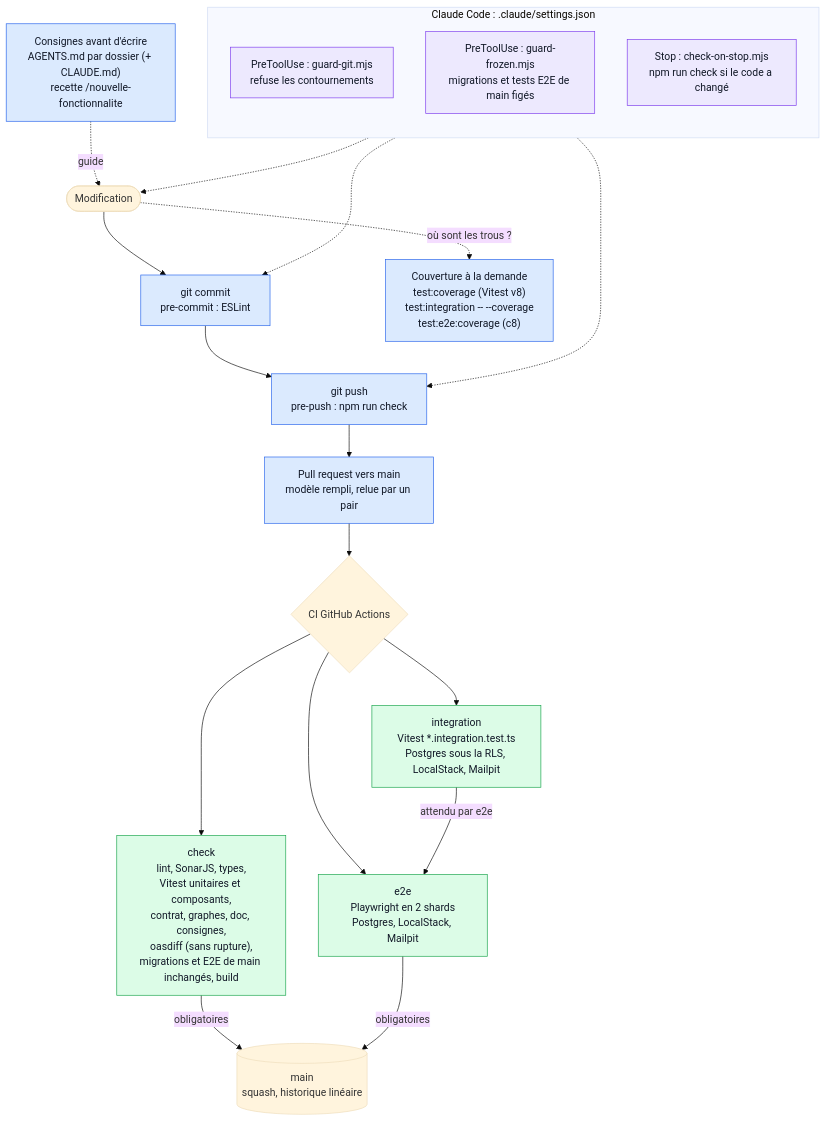
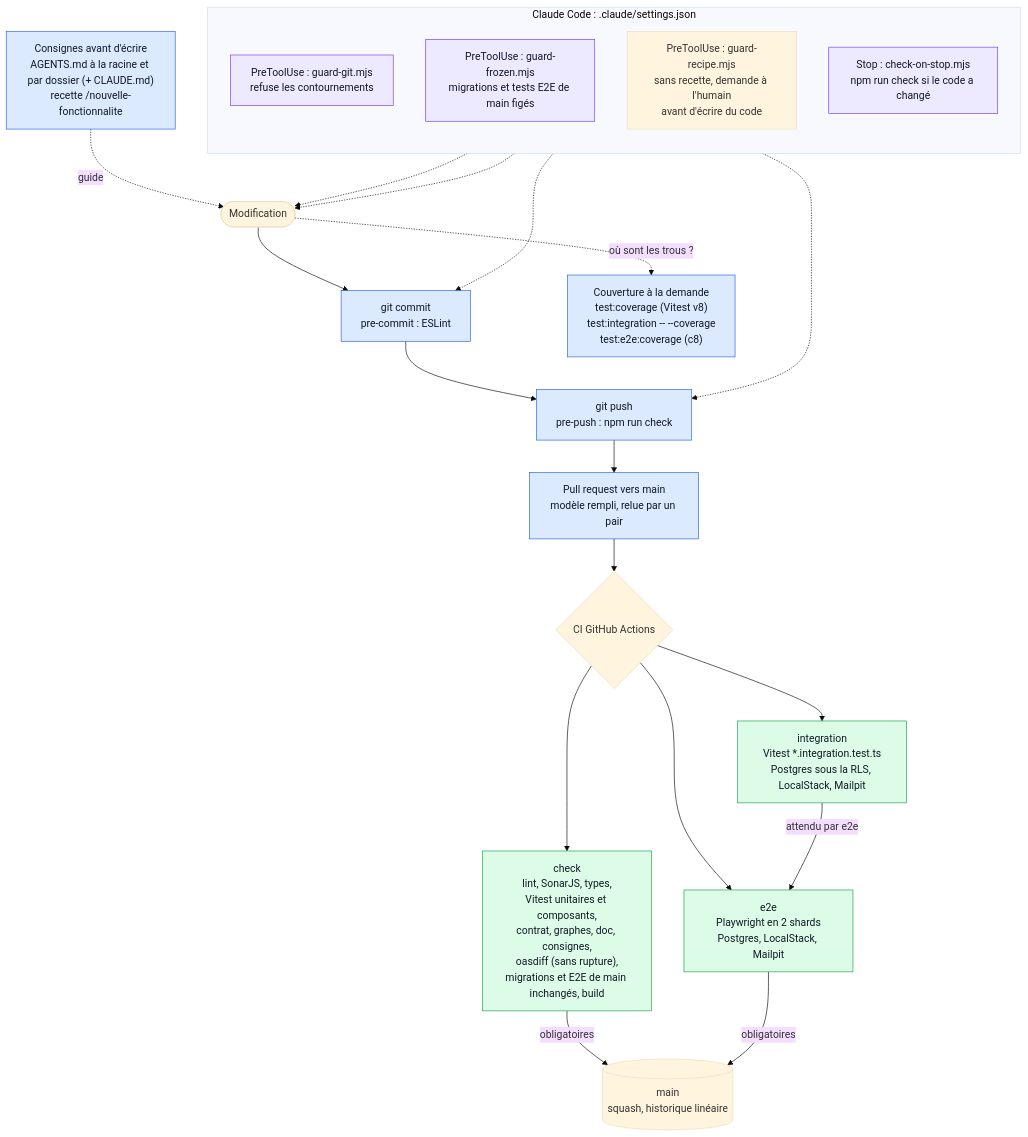
The diagram in docs/architecture/vues/harnais.mmd (2-MORGAN/expense-io), drawn with Mermaid (base theme) before and after one commit. The commit also changed 58 other files, not shown here.

First line of the commit message:
docs(harnais): consignes racine dans AGENTS.md, l'IA propose et l'humain décide (#61)

```diff
--- a/docs/architecture/vues/harnais.mmd
+++ b/docs/architecture/vues/harnais.mmd
@@ -1,39 +1,41 @@
 flowchart TB
   %% Vue écrite à la main : la modifier ici, npm run generate:architecture la recopie dans docs/index.html.
-  %% À tenir à jour avec le code (CLAUDE.md, « Documentation développeur »).
+  %% À tenir à jour avec le code (AGENTS.md, « Documentation développeur »).
 
-  guide["Consignes avant d'écrire<br/>AGENTS.md par dossier (+ CLAUDE.md)<br/>recette /nouvelle-fonctionnalite"]
+  guide["Consignes avant d'écrire<br/>AGENTS.md à la racine et par dossier (+ CLAUDE.md)<br/>recette /nouvelle-fonctionnalite"]
   change(["Modification"])
   commit["git commit<br/>pre-commit : ESLint"]
   push["git push<br/>pre-push : npm run check"]
   pr["Pull request vers main<br/>modèle rempli, relue par un pair"]
   ci{"CI GitHub Actions"}
   checkJob["check<br/>lint, SonarJS, types,<br/>Vitest unitaires et composants,<br/>contrat, graphes, doc, consignes,<br/>oasdiff (sans rupture),<br/>migrations et E2E de main inchangés, build"]
   integrationJob["integration<br/>Vitest *.integration.test.ts<br/>Postgres sous la RLS, LocalStack, Mailpit"]
   e2eJob["e2e<br/>Playwright en 2 shards<br/>Postgres, LocalStack, Mailpit"]
   mainBranch[("main<br/>squash, historique linéaire")]
   coverage["Couverture à la demande<br/>test:coverage (Vitest v8)<br/>test:integration -- --coverage<br/>test:e2e:coverage (c8)"]
 
   subgraph claude["Claude Code : .claude/settings.json"]
     direction TB
     guardHook["PreToolUse : guard-git.mjs<br/>refuse les contournements"]
     frozenHook["PreToolUse : guard-frozen.mjs<br/>migrations et tests E2E de main figés"]
+    recipeHook["PreToolUse : guard-recipe.mjs<br/>sans recette, demande à l'humain<br/>avant d'écrire du code"]
     stopHook["Stop : check-on-stop.mjs<br/>npm run check si le code a changé"]
   end
 
   guide -.->|"guide"| change
   change --> commit --> push --> pr --> ci
   change -.->|"où sont les trous ?"| coverage
   ci --> checkJob & integrationJob & e2eJob
   integrationJob -->|"attendu par e2e"| e2eJob
   checkJob & e2eJob -->|"obligatoires"| mainBranch
   guardHook -.-> commit
   frozenHook -.-> change
+  recipeHook -.-> change
   stopHook -.-> push
 
   classDef local fill:#dbeafe,stroke:#2563eb,color:#111827
   classDef ciJob fill:#dcfce7,stroke:#16a34a,color:#111827
   classDef hook fill:#ede9fe,stroke:#7c3aed,color:#111827
   class guide,commit,push,pr,coverage local
   class checkJob,integrationJob,e2eJob ciJob
   class guardHook,frozenHook,stopHook hook
```
